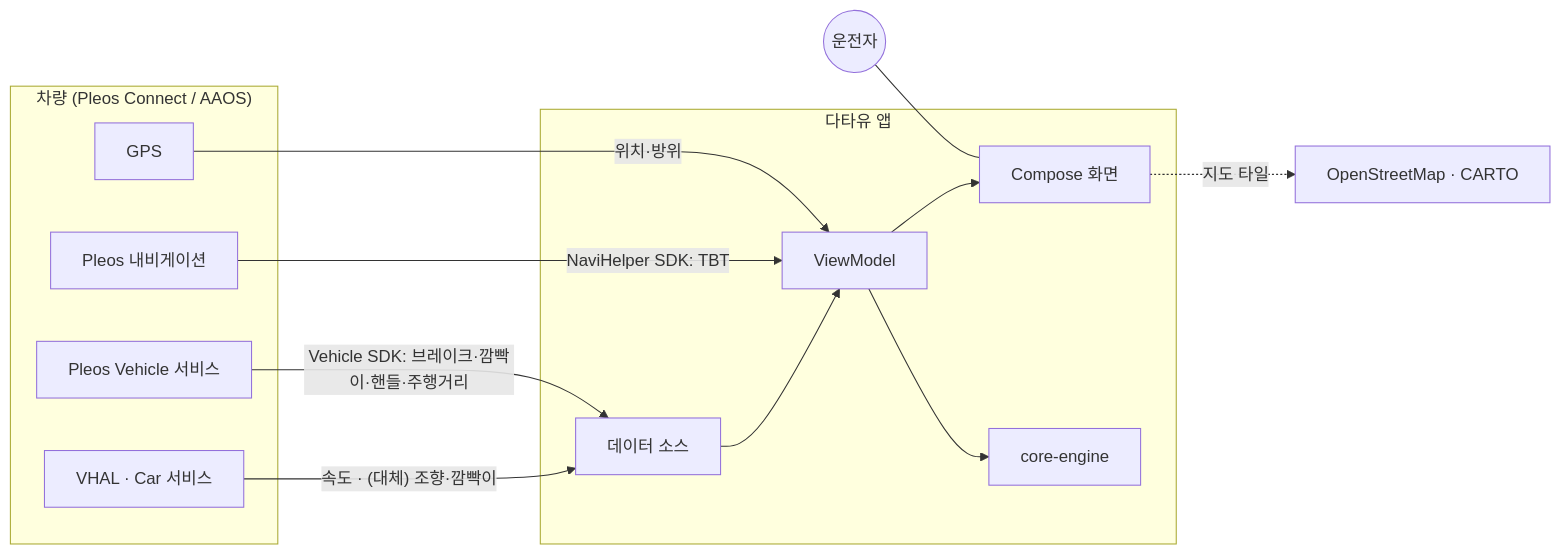
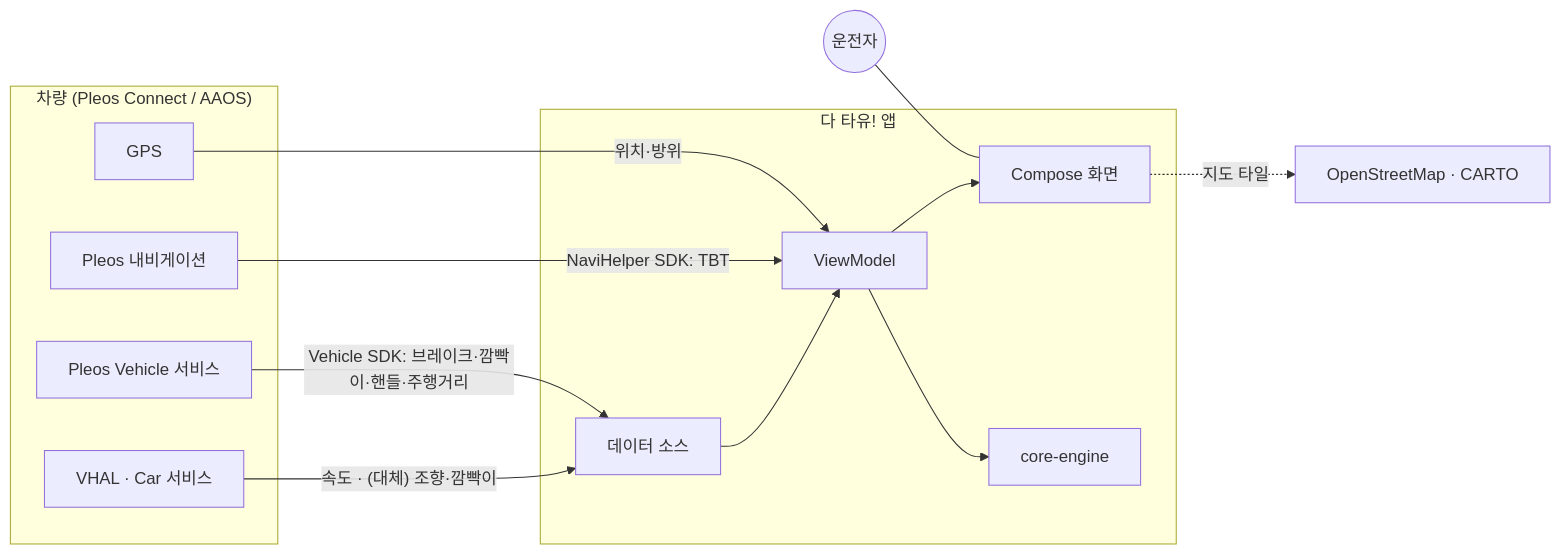
The first of 4 diagrams in docs/design/SDD.md (YD-team-account/data-you), drawn with Mermaid before and after one commit. The commit also changed other lines of this file and 13 other files, not shown here.

````diff
--- a/docs/design/SDD.md
+++ b/docs/design/SDD.md
@@ -71,19 +71,19 @@
 ```mermaid
 flowchart LR
   subgraph Car["차량 (Pleos Connect / AAOS)"]
     VHAL["VHAL · Car 서비스"]
     PV["Pleos Vehicle 서비스"]
     PN["Pleos 내비게이션"]
     GPS["GPS"]
   end
-  subgraph App["다타유 앱"]
+  subgraph App["다 타유! 앱"]
     DS["데이터 소스"] --> VM["ViewModel"] --> UI["Compose 화면"]
     VM --> ENG["core-engine"]
   end
   VHAL -- "속도 · (대체) 조향·깜빡이" --> DS
   PV -- "Vehicle SDK: 브레이크·깜빡이·핸들·주행거리" --> DS
   PN -- "NaviHelper SDK: TBT" --> VM
   GPS -- "위치·방위" --> VM
   UI -. "지도 타일" .-> OSM["OpenStreetMap · CARTO"]
   Driver(("운전자")) --- UI
 ```
````
